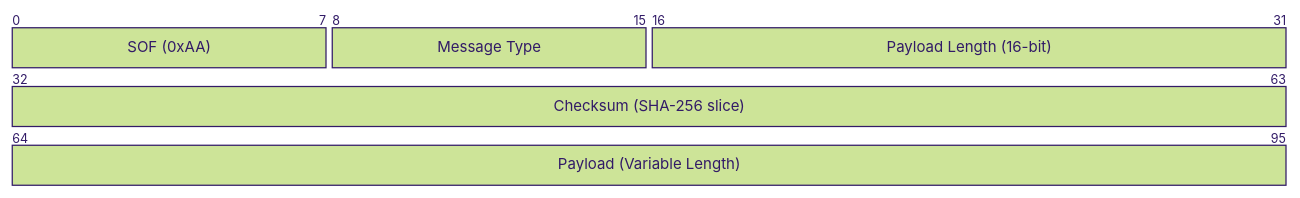
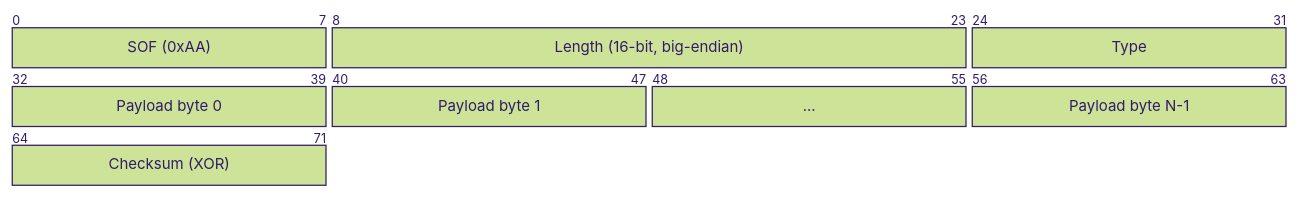
Before and after one commit to Hacker-SriDhar/OpenBSH: the first of 2 diagrams in docs/protocol-security.md, drawn with Mermaid (forest theme). The commit also changed other lines of this file and 23 other files, not shown here.

````diff
--- a/docs/protocol-security.md
+++ b/docs/protocol-security.md
@@ -36,8 +36,11 @@
 ```mermaid
 packet-beta
 0-7: "SOF (0xAA)"
-8-15: "Message Type"
-16-31: "Payload Length (16-bit)"
-32-63: "Checksum (SHA-256 slice)"
-64-95: "Payload (Variable Length)"
+8-23: "Length (16-bit, big-endian)"
+24-31: "Type"
+32-39: "Payload byte 0"
+40-47: "Payload byte 1"
+48-55: "..."
+56-63: "Payload byte N-1"
+64-71: "Checksum (XOR)"
 ```
````
